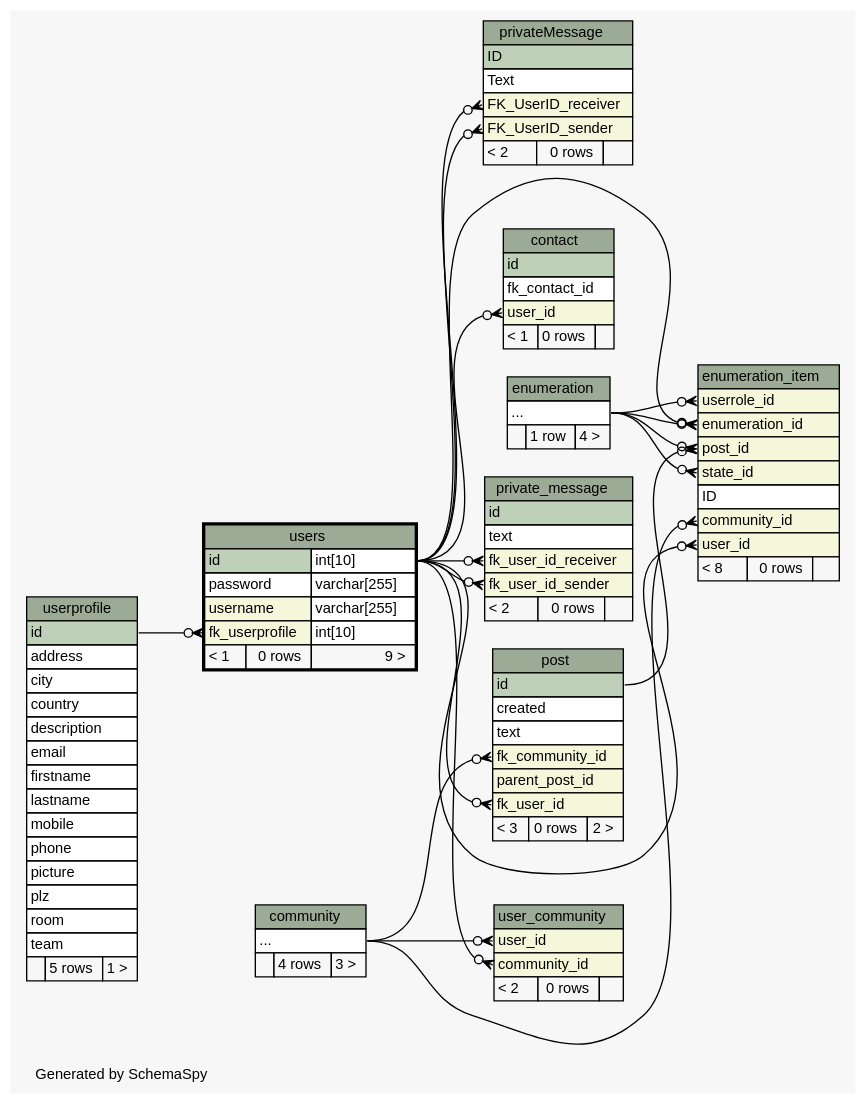
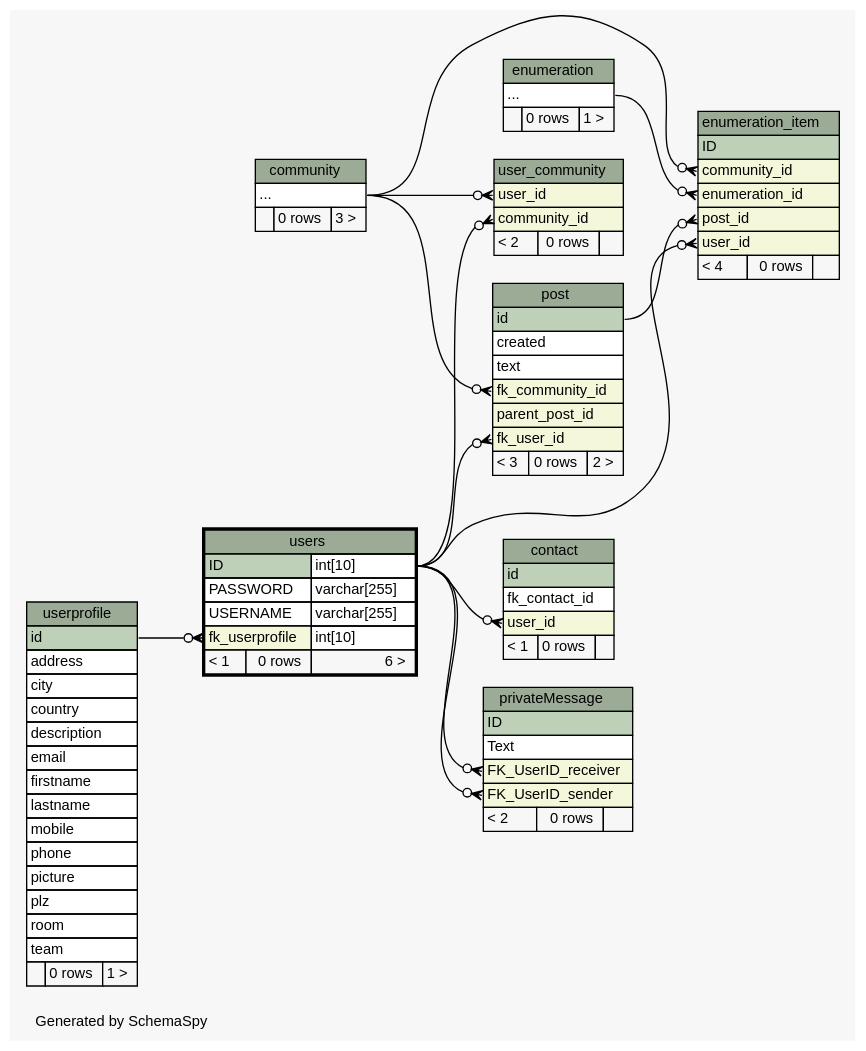
One commit to chr-krenn/chr-krenn-fhj-ws2017-sd17-pse changed the diagram in doc/db_schema/diagrams/users.2degrees.dot. Above: the diagram before and after it, drawn with Graphviz. The commit also changed 63 other files, not shown here.

Commit message:
update database schema documentation

```diff
--- a/doc/db_schema/diagrams/users.2degrees.dot
+++ b/doc/db_schema/diagrams/users.2degrees.dot
@@ -1,176 +1,155 @@
 // dot 2.40.1 on Linux 4.12.5-300.fc26.x86_64
 // SchemaSpy rev 590
 digraph "twoDegreesRelationshipsDiagram" {
   graph [
     rankdir="RL"
     bgcolor="#f7f7f7"
     label="\nGenerated by SchemaSpy"
     labeljust="l"
     nodesep="0.18"
     ranksep="0.46"
     fontname="Helvetica"
     fontsize="11"
   ];
   node [
     fontname="Helvetica"
     fontsize="11"
     shape="plaintext"
   ];
   edge [
     arrowsize="0.8"
   ];
-  "contact":"user_id":w -> "users":"id.type":e [arrowhead=none dir=back arrowtail=crowodot];
+  "contact":"user_id":w -> "users":"ID.type":e [arrowhead=none dir=back arrowtail=crowodot];
   "enumeration_item":"community_id":w -> "community":"elipses":e [arrowhead=none dir=back arrowtail=crowodot];
   "enumeration_item":"enumeration_id":w -> "enumeration":"elipses":e [arrowhead=none dir=back arrowtail=crowodot];
-  "enumeration_item":"enumeration_id":w -> "users":"id.type":e [arrowhead=none dir=back arrowtail=crowodot];
-  "enumeration_item":"post_id":w -> "enumeration":"elipses":e [arrowhead=none dir=back arrowtail=crowodot];
   "enumeration_item":"post_id":w -> "post":"id":e [arrowhead=none dir=back arrowtail=crowodot];
-  "enumeration_item":"state_id":w -> "enumeration":"elipses":e [arrowhead=none dir=back arrowtail=crowodot];
-  "enumeration_item":"user_id":w -> "users":"id.type":e [arrowhead=none dir=back arrowtail=crowodot];
-  "enumeration_item":"userrole_id":w -> "enumeration":"elipses":e [arrowhead=none dir=back arrowtail=crowodot];
+  "enumeration_item":"user_id":w -> "users":"ID.type":e [arrowhead=none dir=back arrowtail=crowodot];
   "post":"fk_community_id":w -> "community":"elipses":e [arrowhead=none dir=back arrowtail=crowodot];
-  "post":"fk_user_id":w -> "users":"id.type":e [arrowhead=none dir=back arrowtail=crowodot];
-  "private_message":"fk_user_id_receiver":w -> "users":"id.type":e [arrowhead=none dir=back arrowtail=crowodot];
-  "private_message":"fk_user_id_sender":w -> "users":"id.type":e [arrowhead=none dir=back arrowtail=crowodot];
-  "privateMessage":"FK_UserID_receiver":w -> "users":"id.type":e [arrowhead=none dir=back arrowtail=crowodot];
-  "privateMessage":"FK_UserID_sender":w -> "users":"id.type":e [arrowhead=none dir=back arrowtail=crowodot];
-  "user_community":"community_id":w -> "users":"id.type":e [arrowhead=none dir=back arrowtail=crowodot];
+  "post":"fk_user_id":w -> "users":"ID.type":e [arrowhead=none dir=back arrowtail=crowodot];
+  "privateMessage":"FK_UserID_receiver":w -> "users":"ID.type":e [arrowhead=none dir=back arrowtail=crowodot];
+  "privateMessage":"FK_UserID_sender":w -> "users":"ID.type":e [arrowhead=none dir=back arrowtail=crowodot];
+  "user_community":"community_id":w -> "users":"ID.type":e [arrowhead=none dir=back arrowtail=crowodot];
   "user_community":"user_id":w -> "community":"elipses":e [arrowhead=none dir=back arrowtail=crowodot];
   "users":"fk_userprofile":w -> "userprofile":"id":e [arrowhead=none dir=back arrowtail=crowodot];
   "community" [
     label=<
     <TABLE BORDER="0" CELLBORDER="1" CELLSPACING="0" BGCOLOR="#ffffff">
       <TR><TD COLSPAN="3" BGCOLOR="#9bab96" ALIGN="CENTER">community</TD></TR>
       <TR><TD PORT="elipses" COLSPAN="3" ALIGN="LEFT">...</TD></TR>
-      <TR><TD ALIGN="LEFT" BGCOLOR="#f7f7f7">  </TD><TD ALIGN="RIGHT" BGCOLOR="#f7f7f7">4 rows</TD><TD ALIGN="RIGHT" BGCOLOR="#f7f7f7">3 &gt;</TD></TR>
+      <TR><TD ALIGN="LEFT" BGCOLOR="#f7f7f7">  </TD><TD ALIGN="RIGHT" BGCOLOR="#f7f7f7">0 rows</TD><TD ALIGN="RIGHT" BGCOLOR="#f7f7f7">3 &gt;</TD></TR>
     </TABLE>>
     URL="community.html"
     tooltip="community"
   ];
   "contact" [
     label=<
     <TABLE BORDER="0" CELLBORDER="1" CELLSPACING="0" BGCOLOR="#ffffff">
       <TR><TD COLSPAN="3" BGCOLOR="#9bab96" ALIGN="CENTER">contact</TD></TR>
       <TR><TD PORT="id" COLSPAN="3" BGCOLOR="#bed1b8" ALIGN="LEFT">id</TD></TR>
       <TR><TD PORT="fk_contact_id" COLSPAN="3" ALIGN="LEFT">fk_contact_id</TD></TR>
       <TR><TD PORT="user_id" COLSPAN="3" BGCOLOR="#f4f7da" ALIGN="LEFT">user_id</TD></TR>
       <TR><TD ALIGN="LEFT" BGCOLOR="#f7f7f7">&lt; 1</TD><TD ALIGN="RIGHT" BGCOLOR="#f7f7f7">0 rows</TD><TD ALIGN="RIGHT" BGCOLOR="#f7f7f7">  </TD></TR>
     </TABLE>>
     URL="contact.html"
     tooltip="contact"
   ];
   "enumeration" [
     label=<
     <TABLE BORDER="0" CELLBORDER="1" CELLSPACING="0" BGCOLOR="#ffffff">
       <TR><TD COLSPAN="3" BGCOLOR="#9bab96" ALIGN="CENTER">enumeration</TD></TR>
       <TR><TD PORT="elipses" COLSPAN="3" ALIGN="LEFT">...</TD></TR>
-      <TR><TD ALIGN="LEFT" BGCOLOR="#f7f7f7">  </TD><TD ALIGN="RIGHT" BGCOLOR="#f7f7f7">1 row</TD><TD ALIGN="RIGHT" BGCOLOR="#f7f7f7">4 &gt;</TD></TR>
+      <TR><TD ALIGN="LEFT" BGCOLOR="#f7f7f7">  </TD><TD ALIGN="RIGHT" BGCOLOR="#f7f7f7">0 rows</TD><TD ALIGN="RIGHT" BGCOLOR="#f7f7f7">1 &gt;</TD></TR>
     </TABLE>>
     URL="enumeration.html"
     tooltip="enumeration"
   ];
   "enumeration_item" [
     label=<
     <TABLE BORDER="0" CELLBORDER="1" CELLSPACING="0" BGCOLOR="#ffffff">
       <TR><TD COLSPAN="3" BGCOLOR="#9bab96" ALIGN="CENTER">enumeration_item</TD></TR>
-      <TR><TD PORT="userrole_id" COLSPAN="3" BGCOLOR="#f4f7da" ALIGN="LEFT">userrole_id</TD></TR>
+      <TR><TD PORT="ID" COLSPAN="3" BGCOLOR="#bed1b8" ALIGN="LEFT">ID</TD></TR>
+      <TR><TD PORT="community_id" COLSPAN="3" BGCOLOR="#f4f7da" ALIGN="LEFT">community_id</TD></TR>
       <TR><TD PORT="enumeration_id" COLSPAN="3" BGCOLOR="#f4f7da" ALIGN="LEFT">enumeration_id</TD></TR>
       <TR><TD PORT="post_id" COLSPAN="3" BGCOLOR="#f4f7da" ALIGN="LEFT">post_id</TD></TR>
-      <TR><TD PORT="state_id" COLSPAN="3" BGCOLOR="#f4f7da" ALIGN="LEFT">state_id</TD></TR>
-      <TR><TD PORT="ID" COLSPAN="3" ALIGN="LEFT">ID</TD></TR>
-      <TR><TD PORT="community_id" COLSPAN="3" BGCOLOR="#f4f7da" ALIGN="LEFT">community_id</TD></TR>
       <TR><TD PORT="user_id" COLSPAN="3" BGCOLOR="#f4f7da" ALIGN="LEFT">user_id</TD></TR>
-      <TR><TD ALIGN="LEFT" BGCOLOR="#f7f7f7">&lt; 8</TD><TD ALIGN="RIGHT" BGCOLOR="#f7f7f7">0 rows</TD><TD ALIGN="RIGHT" BGCOLOR="#f7f7f7">  </TD></TR>
+      <TR><TD ALIGN="LEFT" BGCOLOR="#f7f7f7">&lt; 4</TD><TD ALIGN="RIGHT" BGCOLOR="#f7f7f7">0 rows</TD><TD ALIGN="RIGHT" BGCOLOR="#f7f7f7">  </TD></TR>
     </TABLE>>
     URL="enumeration_item.html"
     tooltip="enumeration_item"
   ];
   "post" [
     label=<
     <TABLE BORDER="0" CELLBORDER="1" CELLSPACING="0" BGCOLOR="#ffffff">
       <TR><TD COLSPAN="3" BGCOLOR="#9bab96" ALIGN="CENTER">post</TD></TR>
       <TR><TD PORT="id" COLSPAN="3" BGCOLOR="#bed1b8" ALIGN="LEFT">id</TD></TR>
       <TR><TD PORT="created" COLSPAN="3" ALIGN="LEFT">created</TD></TR>
       <TR><TD PORT="text" COLSPAN="3" ALIGN="LEFT">text</TD></TR>
       <TR><TD PORT="fk_community_id" COLSPAN="3" BGCOLOR="#f4f7da" ALIGN="LEFT">fk_community_id</TD></TR>
       <TR><TD PORT="parent_post_id" COLSPAN="3" BGCOLOR="#f4f7da" ALIGN="LEFT">parent_post_id</TD></TR>
       <TR><TD PORT="fk_user_id" COLSPAN="3" BGCOLOR="#f4f7da" ALIGN="LEFT">fk_user_id</TD></TR>
       <TR><TD ALIGN="LEFT" BGCOLOR="#f7f7f7">&lt; 3</TD><TD ALIGN="RIGHT" BGCOLOR="#f7f7f7">0 rows</TD><TD ALIGN="RIGHT" BGCOLOR="#f7f7f7">2 &gt;</TD></TR>
     </TABLE>>
     URL="post.html"
     tooltip="post"
-  ];
-  "private_message" [
-    label=<
-    <TABLE BORDER="0" CELLBORDER="1" CELLSPACING="0" BGCOLOR="#ffffff">
-      <TR><TD COLSPAN="3" BGCOLOR="#9bab96" ALIGN="CENTER">private_message</TD></TR>
-      <TR><TD PORT="id" COLSPAN="3" BGCOLOR="#bed1b8" ALIGN="LEFT">id</TD></TR>
-      <TR><TD PORT="text" COLSPAN="3" ALIGN="LEFT">text</TD></TR>
-      <TR><TD PORT="fk_user_id_receiver" COLSPAN="3" BGCOLOR="#f4f7da" ALIGN="LEFT">fk_user_id_receiver</TD></TR>
-      <TR><TD PORT="fk_user_id_sender" COLSPAN="3" BGCOLOR="#f4f7da" ALIGN="LEFT">fk_user_id_sender</TD></TR>
-      <TR><TD ALIGN="LEFT" BGCOLOR="#f7f7f7">&lt; 2</TD><TD ALIGN="RIGHT" BGCOLOR="#f7f7f7">0 rows</TD><TD ALIGN="RIGHT" BGCOLOR="#f7f7f7">  </TD></TR>
-    </TABLE>>
-    URL="private_message.html"
-    tooltip="private_message"
   ];
   "privateMessage" [
     label=<
     <TABLE BORDER="0" CELLBORDER="1" CELLSPACING="0" BGCOLOR="#ffffff">
       <TR><TD COLSPAN="3" BGCOLOR="#9bab96" ALIGN="CENTER">privateMessage</TD></TR>
       <TR><TD PORT="ID" COLSPAN="3" BGCOLOR="#bed1b8" ALIGN="LEFT">ID</TD></TR>
       <TR><TD PORT="Text" COLSPAN="3" ALIGN="LEFT">Text</TD></TR>
       <TR><TD PORT="FK_UserID_receiver" COLSPAN="3" BGCOLOR="#f4f7da" ALIGN="LEFT">FK_UserID_receiver</TD></TR>
       <TR><TD PORT="FK_UserID_sender" COLSPAN="3" BGCOLOR="#f4f7da" ALIGN="LEFT">FK_UserID_sender</TD></TR>
       <TR><TD ALIGN="LEFT" BGCOLOR="#f7f7f7">&lt; 2</TD><TD ALIGN="RIGHT" BGCOLOR="#f7f7f7">0 rows</TD><TD ALIGN="RIGHT" BGCOLOR="#f7f7f7">  </TD></TR>
     </TABLE>>
     URL="privateMessage.html"
     tooltip="privateMessage"
   ];
   "user_community" [
     label=<
     <TABLE BORDER="0" CELLBORDER="1" CELLSPACING="0" BGCOLOR="#ffffff">
       <TR><TD COLSPAN="3" BGCOLOR="#9bab96" ALIGN="CENTER">user_community</TD></TR>
       <TR><TD PORT="user_id" COLSPAN="3" BGCOLOR="#f4f7da" ALIGN="LEFT">user_id</TD></TR>
       <TR><TD PORT="community_id" COLSPAN="3" BGCOLOR="#f4f7da" ALIGN="LEFT">community_id</TD></TR>
       <TR><TD ALIGN="LEFT" BGCOLOR="#f7f7f7">&lt; 2</TD><TD ALIGN="RIGHT" BGCOLOR="#f7f7f7">0 rows</TD><TD ALIGN="RIGHT" BGCOLOR="#f7f7f7">  </TD></TR>
     </TABLE>>
     URL="user_community.html"
     tooltip="user_community"
   ];
   "userprofile" [
     label=<
     <TABLE BORDER="0" CELLBORDER="1" CELLSPACING="0" BGCOLOR="#ffffff">
       <TR><TD COLSPAN="3" BGCOLOR="#9bab96" ALIGN="CENTER">userprofile</TD></TR>
       <TR><TD PORT="id" COLSPAN="3" BGCOLOR="#bed1b8" ALIGN="LEFT">id</TD></TR>
       <TR><TD PORT="address" COLSPAN="3" ALIGN="LEFT">address</TD></TR>
       <TR><TD PORT="city" COLSPAN="3" ALIGN="LEFT">city</TD></TR>
       <TR><TD PORT="country" COLSPAN="3" ALIGN="LEFT">country</TD></TR>
       <TR><TD PORT="description" COLSPAN="3" ALIGN="LEFT">description</TD></TR>
       <TR><TD PORT="email" COLSPAN="3" ALIGN="LEFT">email</TD></TR>
       <TR><TD PORT="firstname" COLSPAN="3" ALIGN="LEFT">firstname</TD></TR>
       <TR><TD PORT="lastname" COLSPAN="3" ALIGN="LEFT">lastname</TD></TR>
       <TR><TD PORT="mobile" COLSPAN="3" ALIGN="LEFT">mobile</TD></TR>
       <TR><TD PORT="phone" COLSPAN="3" ALIGN="LEFT">phone</TD></TR>
       <TR><TD PORT="picture" COLSPAN="3" ALIGN="LEFT">picture</TD></TR>
       <TR><TD PORT="plz" COLSPAN="3" ALIGN="LEFT">plz</TD></TR>
       <TR><TD PORT="room" COLSPAN="3" ALIGN="LEFT">room</TD></TR>
       <TR><TD PORT="team" COLSPAN="3" ALIGN="LEFT">team</TD></TR>
-      <TR><TD ALIGN="LEFT" BGCOLOR="#f7f7f7">  </TD><TD ALIGN="RIGHT" BGCOLOR="#f7f7f7">5 rows</TD><TD ALIGN="RIGHT" BGCOLOR="#f7f7f7">1 &gt;</TD></TR>
+      <TR><TD ALIGN="LEFT" BGCOLOR="#f7f7f7">  </TD><TD ALIGN="RIGHT" BGCOLOR="#f7f7f7">0 rows</TD><TD ALIGN="RIGHT" BGCOLOR="#f7f7f7">1 &gt;</TD></TR>
     </TABLE>>
     URL="userprofile.html"
     tooltip="userprofile"
   ];
   "users" [
     label=<
     <TABLE BORDER="2" CELLBORDER="1" CELLSPACING="0" BGCOLOR="#ffffff">
       <TR><TD COLSPAN="3" BGCOLOR="#9bab96" ALIGN="CENTER">users</TD></TR>
-      <TR><TD PORT="id" COLSPAN="2" BGCOLOR="#bed1b8" ALIGN="LEFT">id</TD><TD PORT="id.type" ALIGN="LEFT">int[10]</TD></TR>
-      <TR><TD PORT="password" COLSPAN="2" ALIGN="LEFT">password</TD><TD PORT="password.type" ALIGN="LEFT">varchar[255]</TD></TR>
-      <TR><TD PORT="username" COLSPAN="2" BGCOLOR="#f4f7da" ALIGN="LEFT">username</TD><TD PORT="username.type" ALIGN="LEFT">varchar[255]</TD></TR>
+      <TR><TD PORT="ID" COLSPAN="2" BGCOLOR="#bed1b8" ALIGN="LEFT">ID</TD><TD PORT="ID.type" ALIGN="LEFT">int[10]</TD></TR>
+      <TR><TD PORT="PASSWORD" COLSPAN="2" ALIGN="LEFT">PASSWORD</TD><TD PORT="PASSWORD.type" ALIGN="LEFT">varchar[255]</TD></TR>
+      <TR><TD PORT="USERNAME" COLSPAN="2" ALIGN="LEFT">USERNAME</TD><TD PORT="USERNAME.type" ALIGN="LEFT">varchar[255]</TD></TR>
       <TR><TD PORT="fk_userprofile" COLSPAN="2" BGCOLOR="#f4f7da" ALIGN="LEFT">fk_userprofile</TD><TD PORT="fk_userprofile.type" ALIGN="LEFT">int[10]</TD></TR>
-      <TR><TD ALIGN="LEFT" BGCOLOR="#f7f7f7">&lt; 1</TD><TD ALIGN="RIGHT" BGCOLOR="#f7f7f7">0 rows</TD><TD ALIGN="RIGHT" BGCOLOR="#f7f7f7">9 &gt;</TD></TR>
+      <TR><TD ALIGN="LEFT" BGCOLOR="#f7f7f7">&lt; 1</TD><TD ALIGN="RIGHT" BGCOLOR="#f7f7f7">0 rows</TD><TD ALIGN="RIGHT" BGCOLOR="#f7f7f7">6 &gt;</TD></TR>
     </TABLE>>
     URL="users.html"
     tooltip="users"
   ];
 }
```
